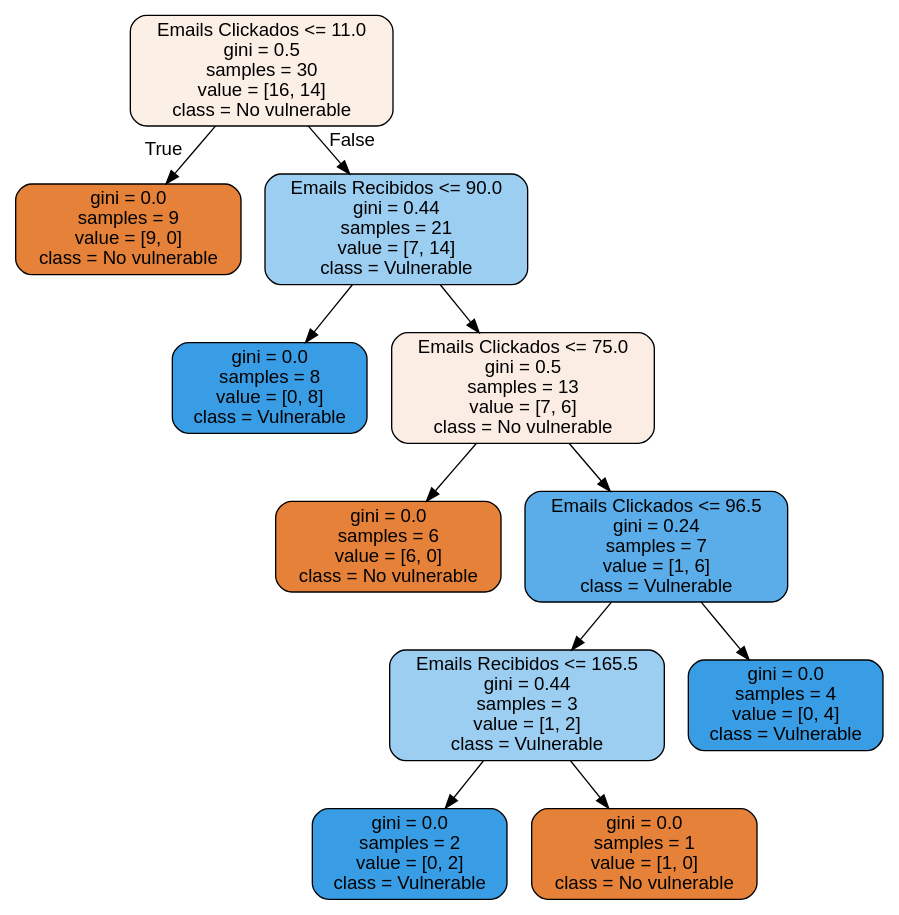
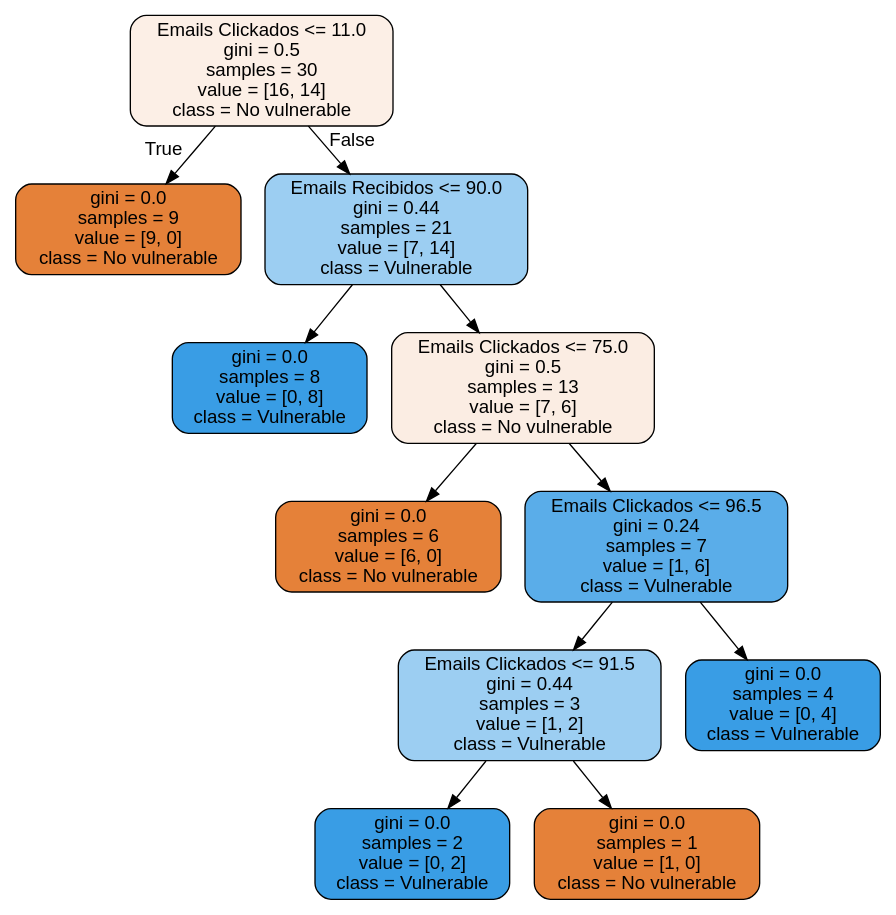
Before and after one commit to esquilichi/Flaskitos: the diagram in machinelearning/gráficos/decision_tree.dot, drawn with Graphviz. The commit also changed 4 other files, not shown here.

```diff
--- a/machinelearning/gráficos/decision_tree.dot
+++ b/machinelearning/gráficos/decision_tree.dot
@@ -1,25 +1,25 @@
 digraph Tree {
 node [shape=box, style="filled, rounded", color="black", fontname="helvetica"] ;
 edge [fontname="helvetica"] ;
 0 [label="Emails Clickados <= 11.0\ngini = 0.5\nsamples = 30\nvalue = [16, 14]\nclass = No vulnerable", fillcolor="#fcefe6"] ;
 1 [label="gini = 0.0\nsamples = 9\nvalue = [9, 0]\nclass = No vulnerable", fillcolor="#e58139"] ;
 0 -> 1 [labeldistance=2.5, labelangle=45, headlabel="True"] ;
 2 [label="Emails Recibidos <= 90.0\ngini = 0.44\nsamples = 21\nvalue = [7, 14]\nclass = Vulnerable", fillcolor="#9ccef2"] ;
 0 -> 2 [labeldistance=2.5, labelangle=-45, headlabel="False"] ;
 3 [label="gini = 0.0\nsamples = 8\nvalue = [0, 8]\nclass = Vulnerable", fillcolor="#399de5"] ;
 2 -> 3 ;
 4 [label="Emails Clickados <= 75.0\ngini = 0.5\nsamples = 13\nvalue = [7, 6]\nclass = No vulnerable", fillcolor="#fbede3"] ;
 2 -> 4 ;
 5 [label="gini = 0.0\nsamples = 6\nvalue = [6, 0]\nclass = No vulnerable", fillcolor="#e58139"] ;
 4 -> 5 ;
 6 [label="Emails Clickados <= 96.5\ngini = 0.24\nsamples = 7\nvalue = [1, 6]\nclass = Vulnerable", fillcolor="#5aade9"] ;
 4 -> 6 ;
-7 [label="Emails Recibidos <= 165.5\ngini = 0.44\nsamples = 3\nvalue = [1, 2]\nclass = Vulnerable", fillcolor="#9ccef2"] ;
+7 [label="Emails Clickados <= 91.5\ngini = 0.44\nsamples = 3\nvalue = [1, 2]\nclass = Vulnerable", fillcolor="#9ccef2"] ;
 6 -> 7 ;
 8 [label="gini = 0.0\nsamples = 2\nvalue = [0, 2]\nclass = Vulnerable", fillcolor="#399de5"] ;
 7 -> 8 ;
 9 [label="gini = 0.0\nsamples = 1\nvalue = [1, 0]\nclass = No vulnerable", fillcolor="#e58139"] ;
 7 -> 9 ;
 10 [label="gini = 0.0\nsamples = 4\nvalue = [0, 4]\nclass = Vulnerable", fillcolor="#399de5"] ;
 6 -> 10 ;
 }
```
